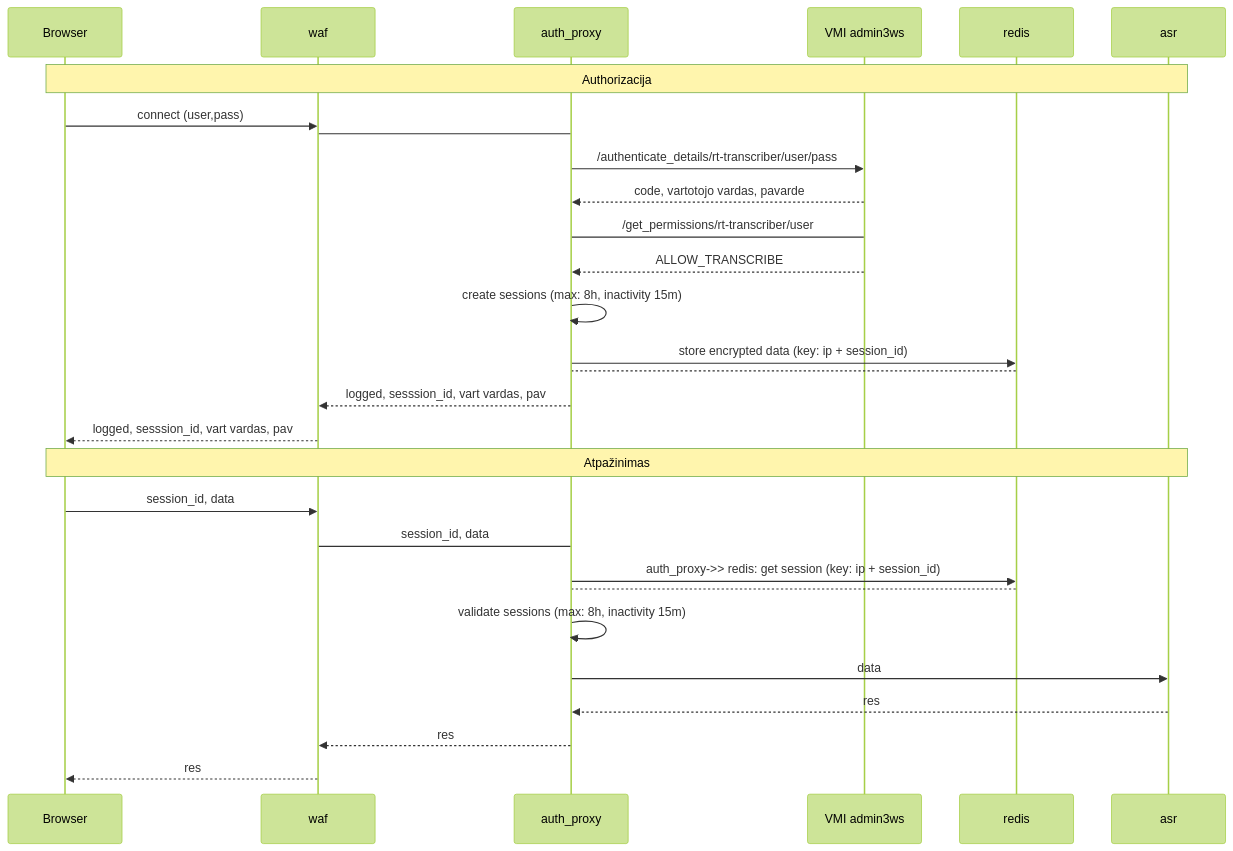
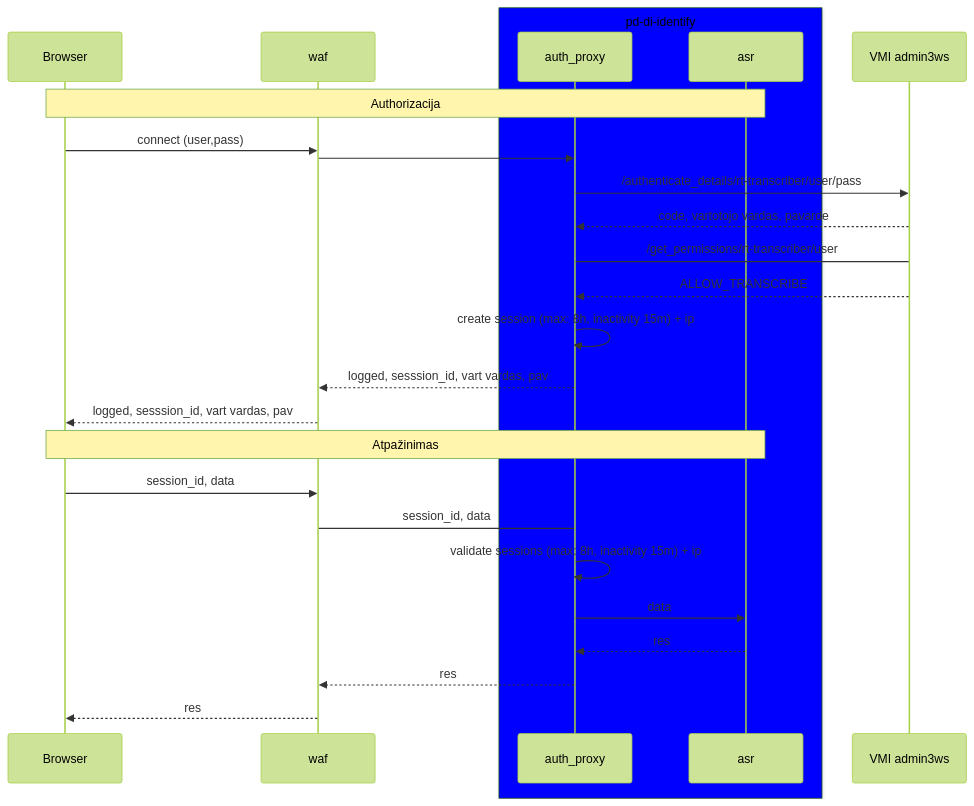
One commit to airenas/speech-to-data changed the diagram in docs/schema.md. Above: the diagram before and after it, drawn with Mermaid (forest theme). The commit also changed other lines of this file and 1 other file, not shown here.

````diff
--- a/docs/schema.md
+++ b/docs/schema.md
@@ -3,35 +3,39 @@
 ```mermaid
 sequenceDiagram
     participant user as Browser
     participant waf
+    box blue pd-di-identify
     participant auth_proxy
+%%    participant redis
+    participant asr
+    end
     participant auth as VMI admin3ws
-    participant redis
-    participant asr
     
     Note over user,asr: Authorizacija
 
     user->>waf: connect (user,pass)
-    waf->auth_proxy: 
+    waf->>auth_proxy: 
     auth_proxy->> auth: /authenticate_details/rt-transcriber/user/pass
     auth -->> auth_proxy: code, vartotojo vardas, pavarde
     auth_proxy-> auth: /get_permissions/rt-transcriber/user
     auth -->> auth_proxy: ALLOW_TRANSCRIBE
-    auth_proxy->> auth_proxy: create sessions (max: 8h, inactivity 15m)
-    auth_proxy->> redis: store encrypted data (key: ip + session_id)
-    redis --> auth_proxy: 
+    auth_proxy->> auth_proxy: create session (max: 8h, inactivity 15m) + ip
+%%    auth_proxy->> redis: store encrypted data (key: ip + session_id)
+%%    redis --> auth_proxy: 
     auth_proxy -->> waf: logged, sesssion_id, vart vardas, pav
     waf -->> user: logged, sesssion_id, vart vardas, pav
 
 
     Note over user,asr: Atpažinimas
     user->>waf: session_id, data
     waf->auth_proxy: session_id, data
-    auth_proxy->> redis: auth_proxy->> redis: get session (key: ip + session_id)
-    redis --> auth_proxy: 
-    auth_proxy->> auth_proxy: validate sessions (max: 8h, inactivity 15m)
+%%    auth_proxy->> redis: auth_proxy->> redis: get session (key: ip + session_id)
+%%    redis --> auth_proxy: 
+    auth_proxy->> auth_proxy: validate sessions (max: 8h, inactivity 15m) + ip
+%%    auth_proxy->> redis: mark last used time
+%%    redis -->> auth_proxy: 
     auth_proxy->> asr: data
     asr -->> auth_proxy: res
     auth_proxy -->> waf: res
     waf -->> user: res
 ```    
````
